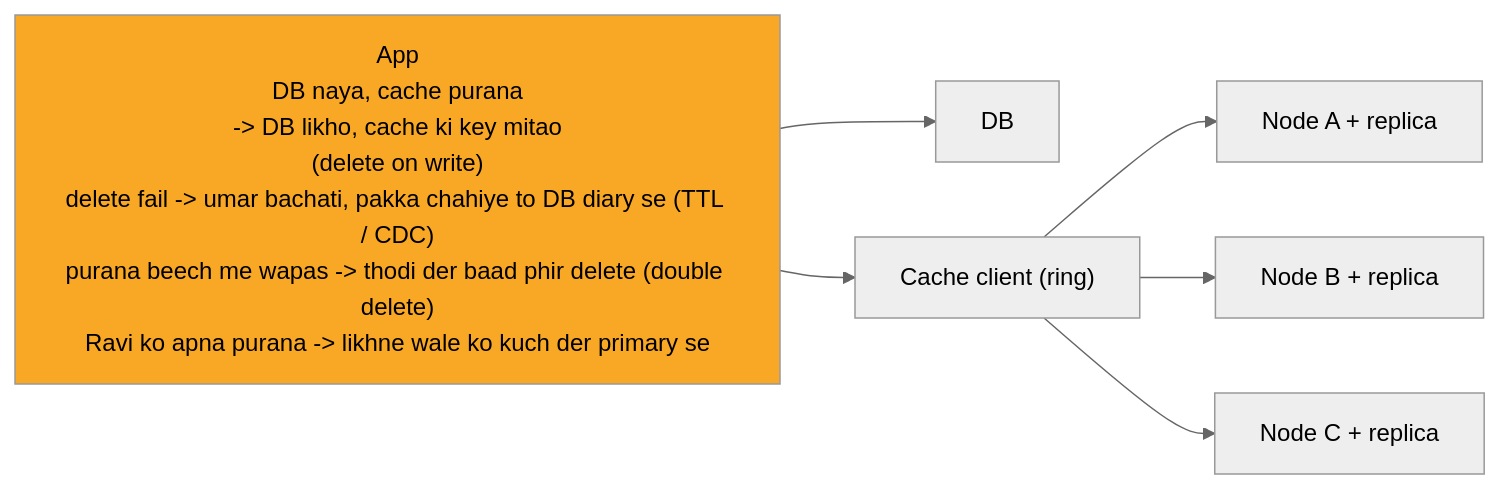
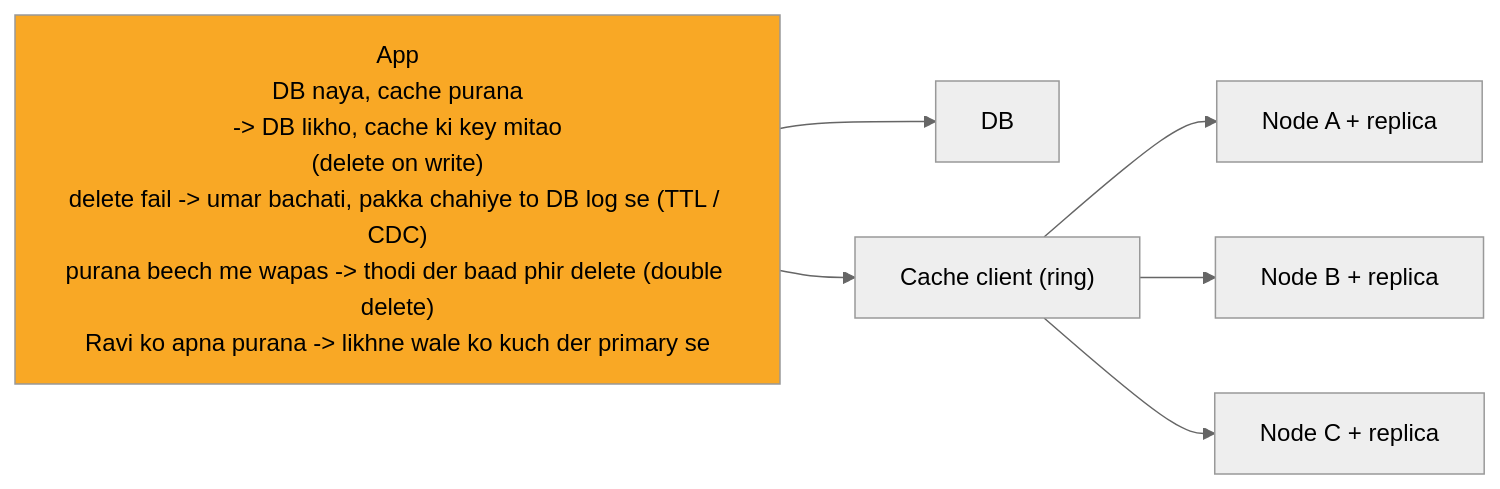
Before and after one commit to ArpanMaheshwari144/Prep: the fifth of 8 diagrams in 04_HLD/SYSTEM_DESIGNS/10_distributed_cache/10_distributed_cache.md, drawn with Mermaid (neutral theme). The commit also changed other lines of this file and 12 other files, not shown here.

````diff
--- a/04_HLD/SYSTEM_DESIGNS/10_distributed_cache/10_distributed_cache.md
+++ b/04_HLD/SYSTEM_DESIGNS/10_distributed_cache/10_distributed_cache.md
@@ -216,16 +216,16 @@
 ```mermaid
 %%{init: {"flowchart": {"wrappingWidth": 450}}}%%
 flowchart LR
-    n_App["App<br/>DB naya, cache purana<br/>-> DB likho, cache ki key mitao<br/>(delete on write)<br/>delete fail -> umar bachati, pakka chahiye to DB diary se (TTL / CDC)<br/>purana beech me wapas -> thodi der baad phir delete (double delete)<br/>Ravi ko apna purana -> likhne wale ko kuch der primary se"]
+    n_App["App<br/>DB naya, cache purana<br/>-> DB likho, cache ki key mitao<br/>(delete on write)<br/>delete fail -> umar bachati, pakka chahiye to DB log se (TTL / CDC)<br/>purana beech me wapas -> thodi der baad phir delete (double delete)<br/>Ravi ko apna purana -> likhne wale ko kuch der primary se"]
     n_DB["DB"]
     n_Cache_client["Cache client (ring)"]
     n_Node_A_replica["Node A + replica"]
     n_Node_B_replica["Node B + replica"]
     n_Node_C_replica["Node C + replica"]
     n_App --> n_DB
     n_App --> n_Cache_client
     n_Cache_client --> n_Node_A_replica
     n_Cache_client --> n_Node_B_replica
     n_Cache_client --> n_Node_C_replica
     style n_App fill:#f9a825,color:#000
 ```
````
